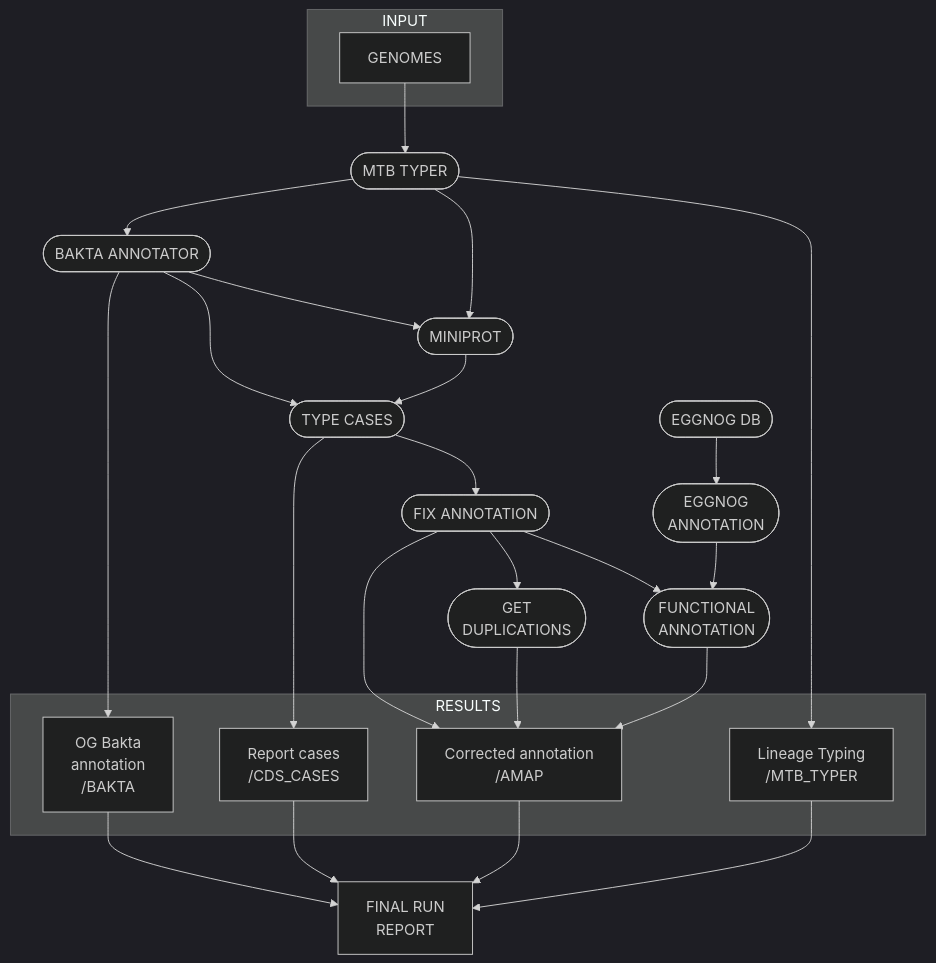
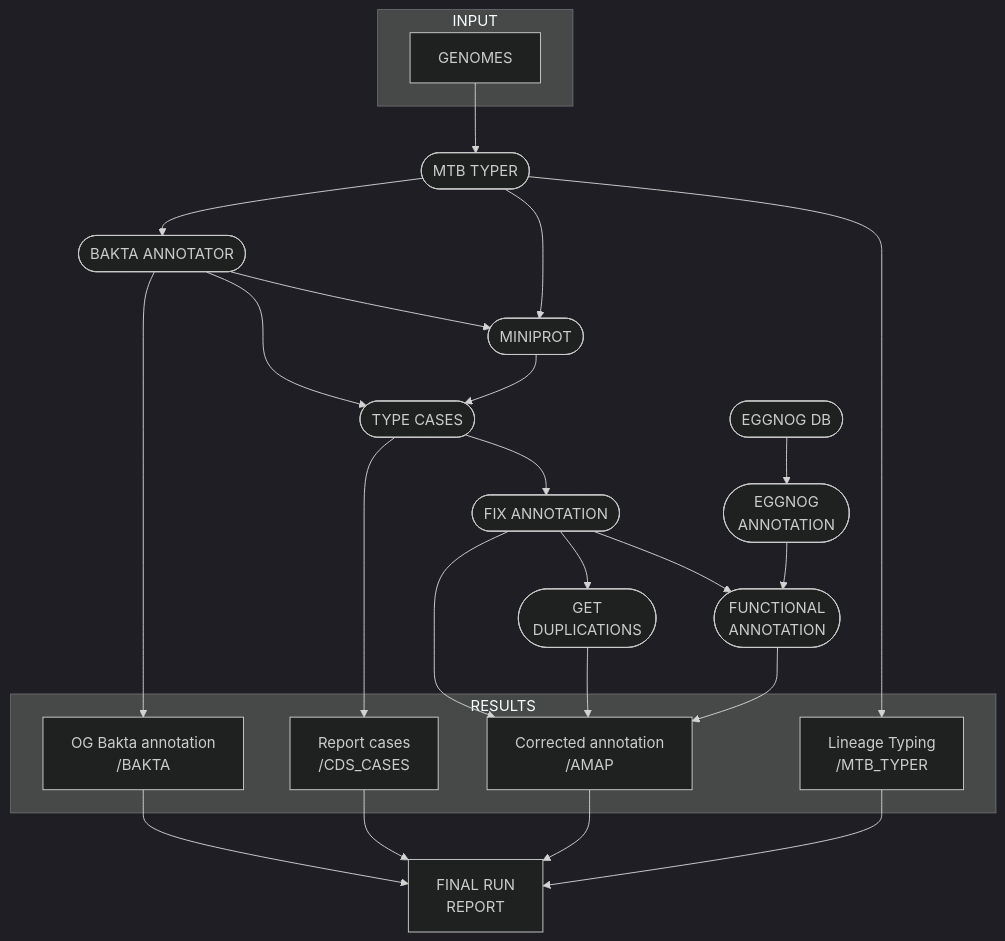
The diagram in README.md (PathoGenOmics-Lab/AMAP), drawn with Mermaid before and after one commit.

````diff
--- a/README.md
+++ b/README.md
@@ -71,54 +71,53 @@
 ```mermaid
 %%{init: { 'theme': 'dark' } }%%
 flowchart TB
     subgraph "INPUT"
     v0["GENOMES"]
     end
     v3([MTB TYPER])
     v4([BAKTA ANNOTATOR])
     v6([MINIPROT])
     v8([TYPE CASES])
     v14([FIX ANNOTATION])
     v20([GET 
     DUPLICATIONS])
     v17([EGGNOG DB])
     v18([EGGNOG 
     ANNOTATION])
     v19([FUNCTIONAL
     ANNOTATION])
     v16["FINAL RUN 
     REPORT"]
     subgraph "RESULTS"
-    v12["OG Bakta 
-    annotation 
+    v12["OG Bakta annotation 
     /BAKTA"]
     v10["Report cases
     /CDS_CASES"]
     v13["Corrected annotation
     /AMAP"]
     v15["Lineage Typing
     /MTB_TYPER"]
     
     end
     v3 --> v4
     v0 --> v3
     v4 --> v12
     v4 --> v6
     v3 --> v6
     v4 --> v8
     v6 --> v8
     v8 --> v10
     v8 --> v14
     v14 --> v13
     v20 --> v13
     v19 --> v13
     v3 --> v15
     v12 --> v16
     v10 --> v16
     v13 --> v16
     v15 --> v16
     v17 --> v18
     v14 --> v19
     v18 --> v19
     v14 --> v20
 ```
````
